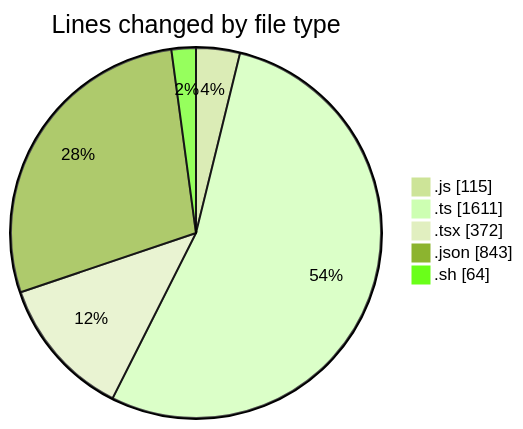
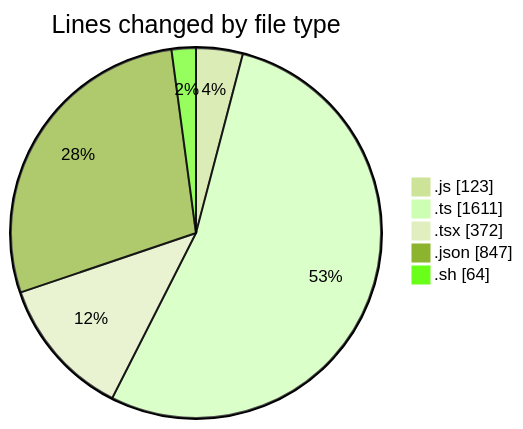
The first of 2 diagrams in 2025-07-14/ribbon/README.md (EIIisD/code-tracking), drawn with Mermaid (forest theme) before and after one commit. The commit also changed other lines of this file and 1 other file, not shown here.

````diff
--- a/2025-07-14/ribbon/README.md
+++ b/2025-07-14/ribbon/README.md
@@ -37,9 +37,9 @@
 ```mermaid
 pie showData
 title Lines changed by file type
-".js" : 115
+".js" : 123
 ".ts" : 1611
 ".tsx" : 372
-".json" : 843
+".json" : 847
 ".sh" : 64
 ```
````
